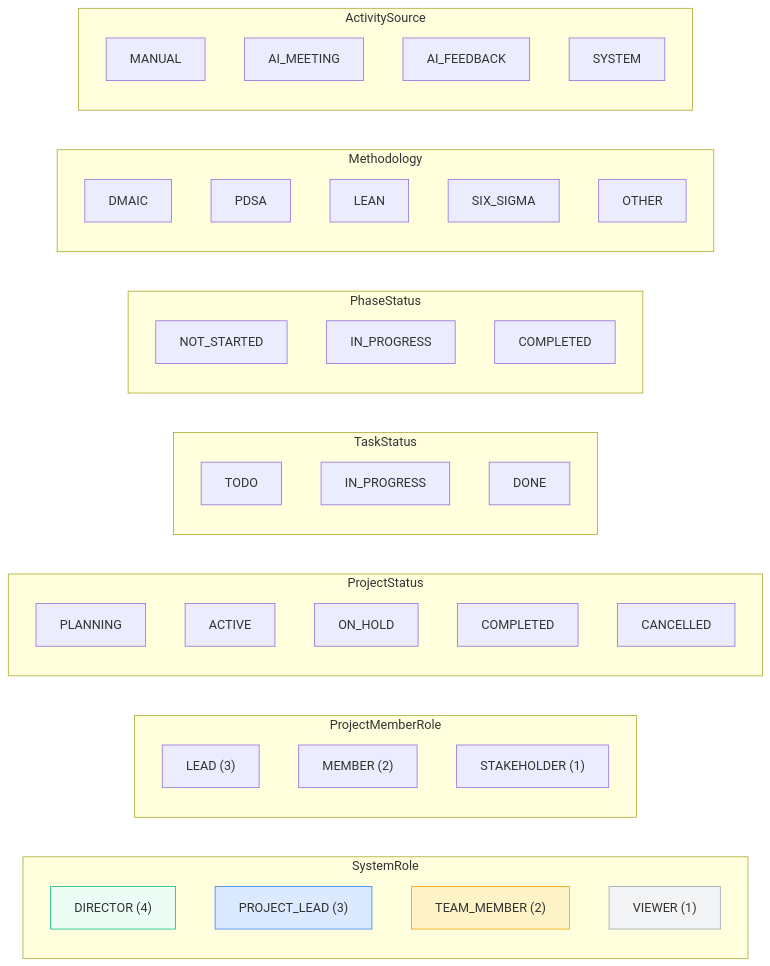
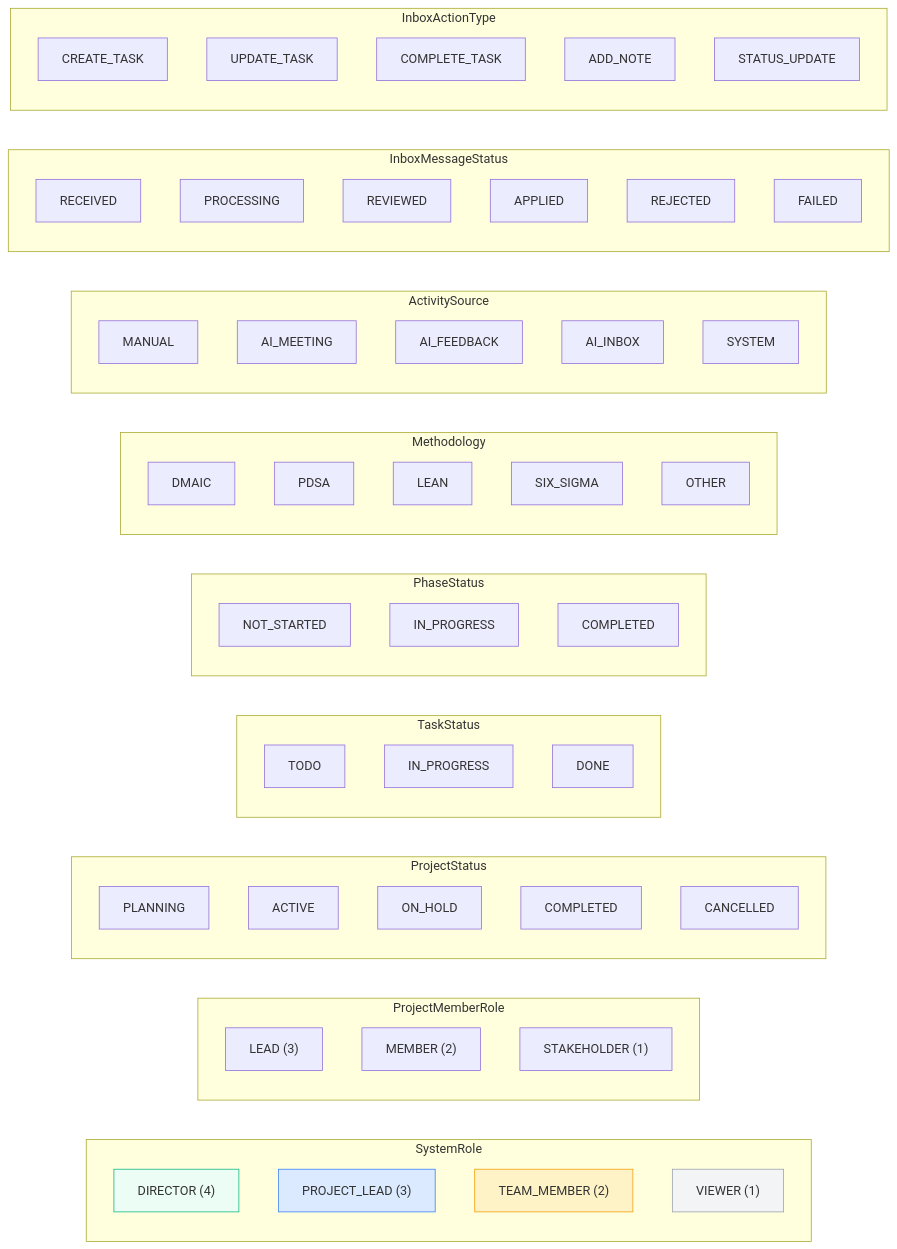
One commit to akbarherekar/QIapp changed the ninth of 10 diagrams in docs/diagrams.md. Above: the diagram before and after it, drawn with Mermaid. The commit also changed other lines of this file and 27 other files, not shown here.

````diff
--- a/docs/diagrams.md
+++ b/docs/diagrams.md
@@ -355,55 +388,73 @@
 ```mermaid
 graph LR
     subgraph "SystemRole"
         SR1["DIRECTOR (4)"]
         SR2["PROJECT_LEAD (3)"]
         SR3["TEAM_MEMBER (2)"]
         SR4["VIEWER (1)"]
     end
 
     subgraph "ProjectMemberRole"
         PR1["LEAD (3)"]
         PR2["MEMBER (2)"]
         PR3["STAKEHOLDER (1)"]
     end
 
     subgraph "ProjectStatus"
         PS1["PLANNING"]
         PS2["ACTIVE"]
         PS3["ON_HOLD"]
         PS4["COMPLETED"]
         PS5["CANCELLED"]
     end
 
     subgraph "TaskStatus"
         TS1["TODO"]
         TS2["IN_PROGRESS"]
         TS3["DONE"]
     end
 
     subgraph "PhaseStatus"
         PH1["NOT_STARTED"]
         PH2["IN_PROGRESS"]
         PH3["COMPLETED"]
     end
 
     subgraph "Methodology"
         M1["DMAIC"]
         M2["PDSA"]
         M3["LEAN"]
         M4["SIX_SIGMA"]
         M5["OTHER"]
     end
 
     subgraph "ActivitySource"
         AS1["MANUAL"]
         AS2["AI_MEETING"]
         AS3["AI_FEEDBACK"]
-        AS4["SYSTEM"]
+        AS4["AI_INBOX"]
+        AS5["SYSTEM"]
+    end
+
+    subgraph "InboxMessageStatus"
+        IMS1["RECEIVED"]
+        IMS2["PROCESSING"]
+        IMS3["REVIEWED"]
+        IMS4["APPLIED"]
+        IMS5["REJECTED"]
+        IMS6["FAILED"]
+    end
+
+    subgraph "InboxActionType"
+        IAT1["CREATE_TASK"]
+        IAT2["UPDATE_TASK"]
+        IAT3["COMPLETE_TASK"]
+        IAT4["ADD_NOTE"]
+        IAT5["STATUS_UPDATE"]
     end
 
     style SR1 fill:#ecfdf5,stroke:#10b981
     style SR2 fill:#dbeafe,stroke:#3b82f6
     style SR3 fill:#fef3c7,stroke:#f59e0b
     style SR4 fill:#f3f4f6,stroke:#9ca3af
 ```
````
